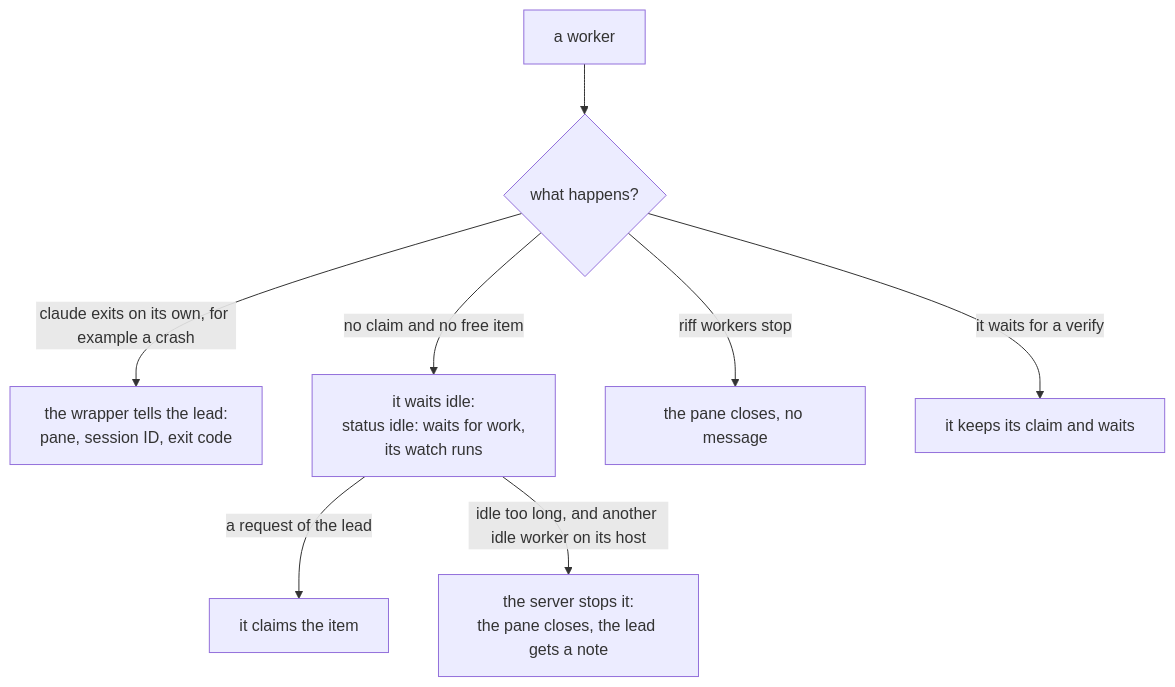
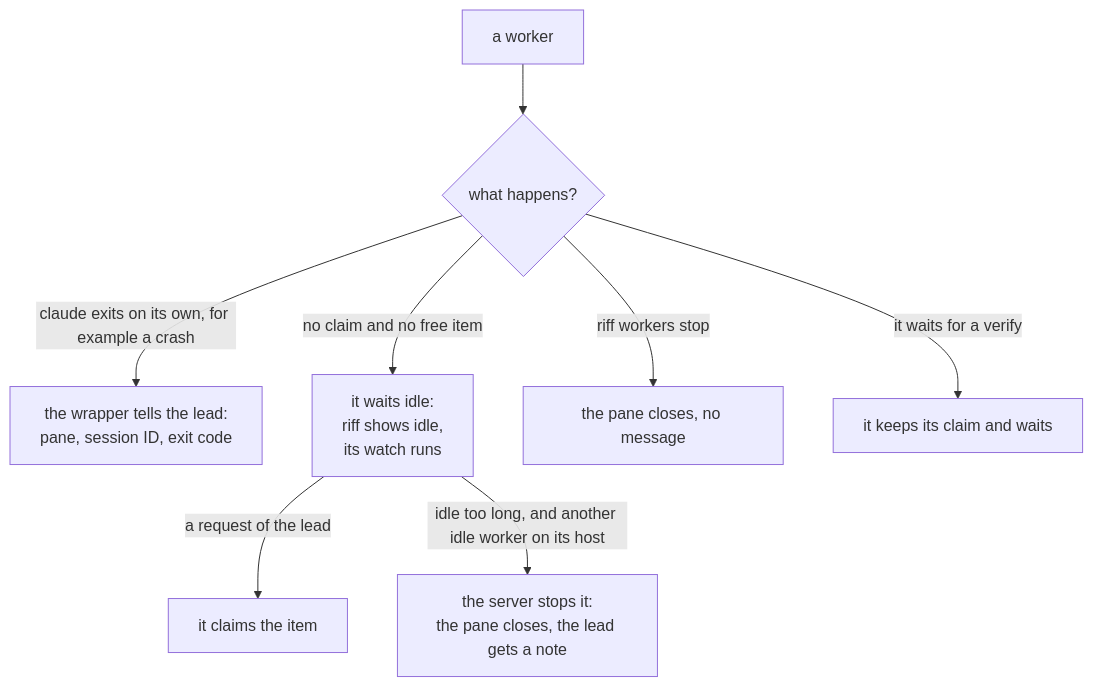
Diagram 35 of 36 in docs/src/how-it-works.md (como-technologies/riff), drawn with Mermaid before and after one commit. The commit also changed other lines of this file and 12 other files, not shown here.

First line of the commit message:
The riff derives each session's state; a status goes stale by itself (#276)

````diff
--- a/docs/src/how-it-works.md
+++ b/docs/src/how-it-works.md
@@ -2249,10 +2289,10 @@
 ```mermaid
 flowchart TD
     W[a worker] --> Q{what happens?}
     Q -- "claude exits on its own, for example a crash" --> C["the wrapper tells the lead:<br/>pane, session ID, exit code"]
-    Q -- "no claim and no free item" --> I["it waits idle:<br/>status idle: waits for work,<br/>its watch runs"]
+    Q -- "no claim and no free item" --> I["it waits idle:<br/>riff shows idle,<br/>its watch runs"]
     I -- "a request of the lead" --> N[it claims the item]
     I -- "idle too long, and another idle worker on its host" --> X["the server stops it:<br/>the pane closes, the lead gets a note"]
     Q -- "riff workers stop" --> S[the pane closes, no message]
     Q -- "it waits for a verify" --> K[it keeps its claim and waits]
 ```
````
